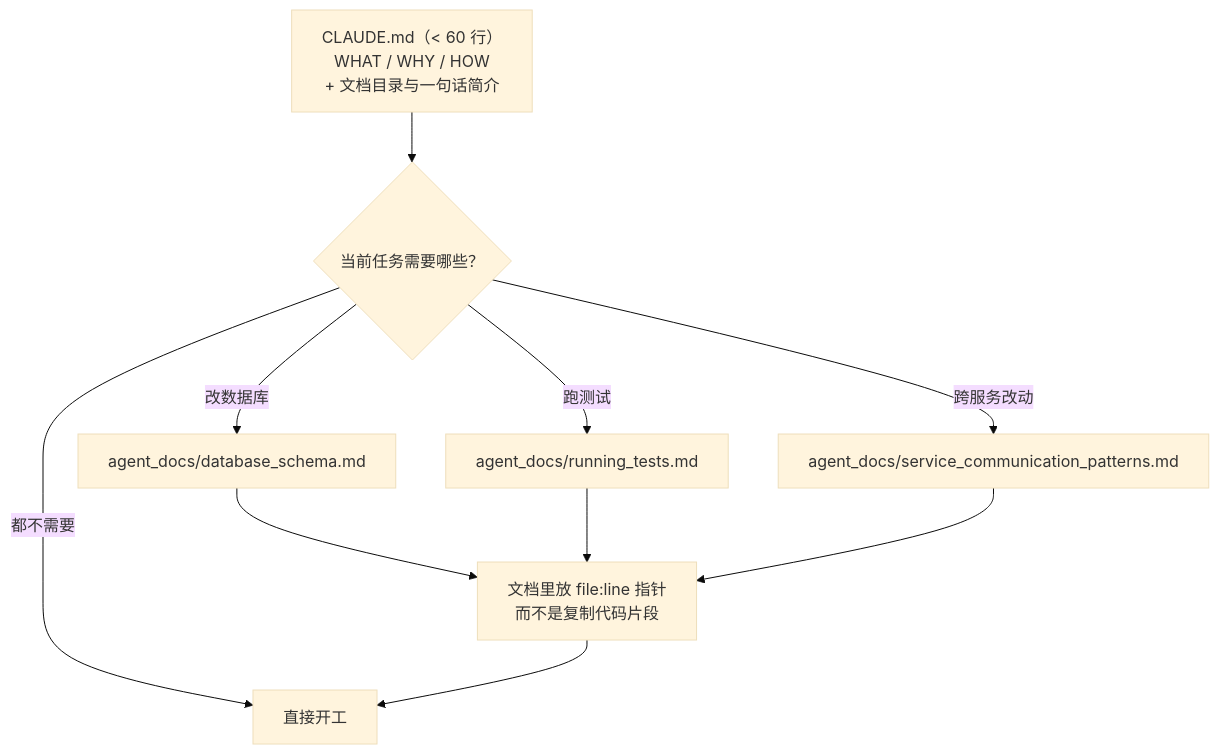
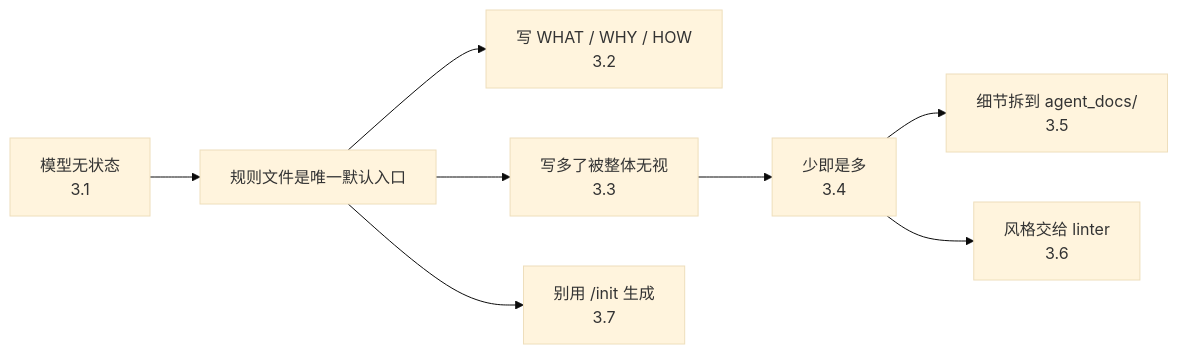
The diagram in docs/20-humanlayer-writing-good-claude-md.md (yzw7489757/ai-coding-videos), drawn with Mermaid (base theme) before and after one commit. The commit also changed other lines of this file and 7 other files, not shown here.

````diff
--- a/docs/20-humanlayer-writing-good-claude-md.md
+++ b/docs/20-humanlayer-writing-good-claude-md.md
@@ -92,10 +54,10 @@
 ```mermaid
-flowchart TD
-    C["CLAUDE.md（< 60 行）<br/>WHAT / WHY / HOW<br/>+ 文档目录与一句话简介"] --> Q{"当前任务需要哪些？"}
-    Q -->|"改数据库"| D1["agent_docs/database_schema.md"]
-    Q -->|"跑测试"| D2["agent_docs/running_tests.md"]
-    Q -->|"跨服务改动"| D3["agent_docs/service_communication_patterns.md"]
-    Q -->|"都不需要"| W["直接开工"]
-    D1 & D2 & D3 --> P["文档里放 file:line 指针<br/>而不是复制代码片段"]
-    P --> W
+flowchart LR
+  A["模型无状态<br/>3.1"] --> B["规则文件是唯一默认入口"]
+  B --> C["写 WHAT / WHY / HOW<br/>3.2"]
+  B --> D["写多了被整体无视<br/>3.3"]
+  D --> E["少即是多<br/>3.4"]
+  E --> F["细节拆到 agent_docs/<br/>3.5"]
+  E --> G["风格交给 linter<br/>3.6"]
+  B --> H["别用 /init 生成<br/>3.7"]
 ```
````
